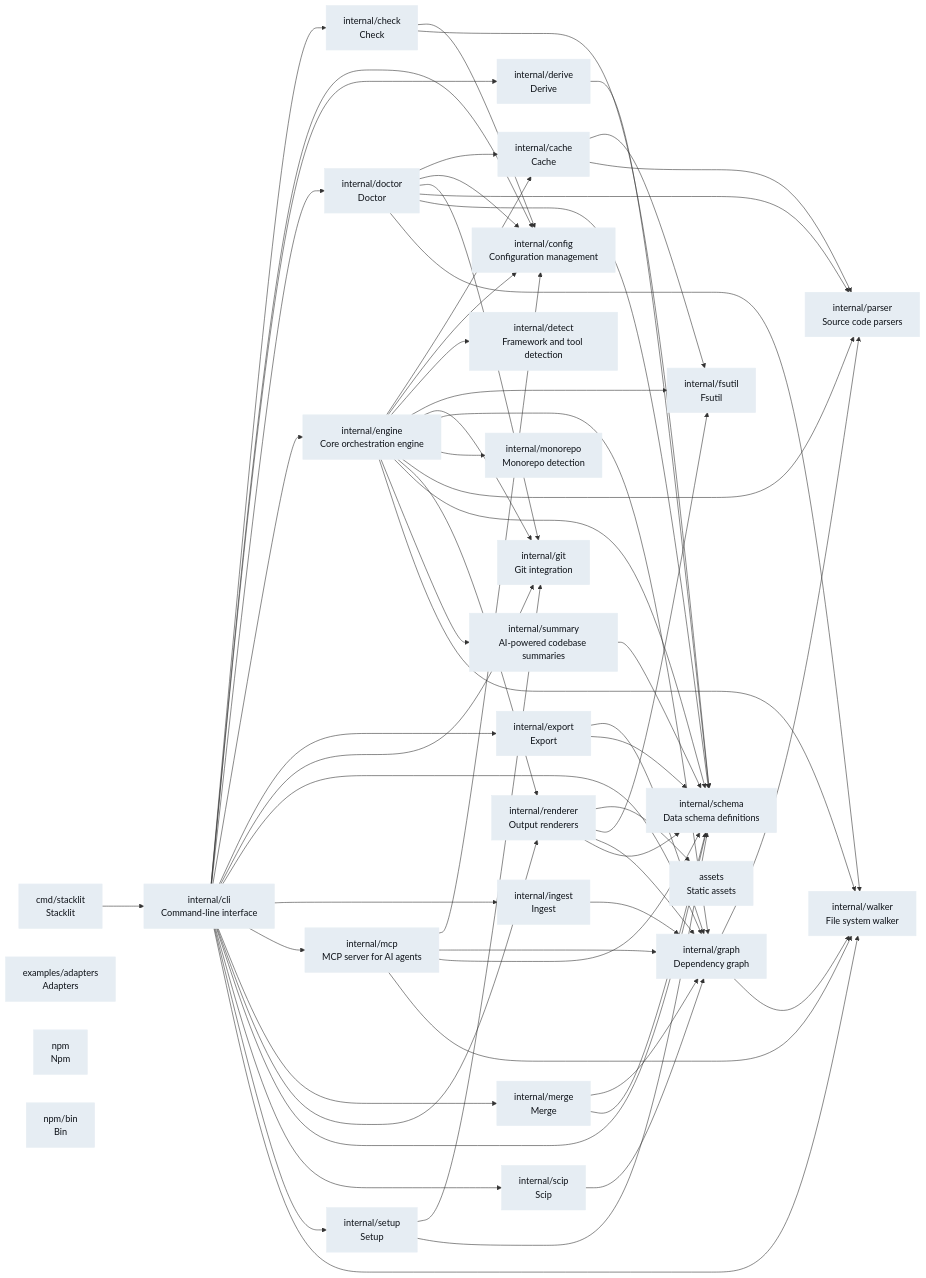
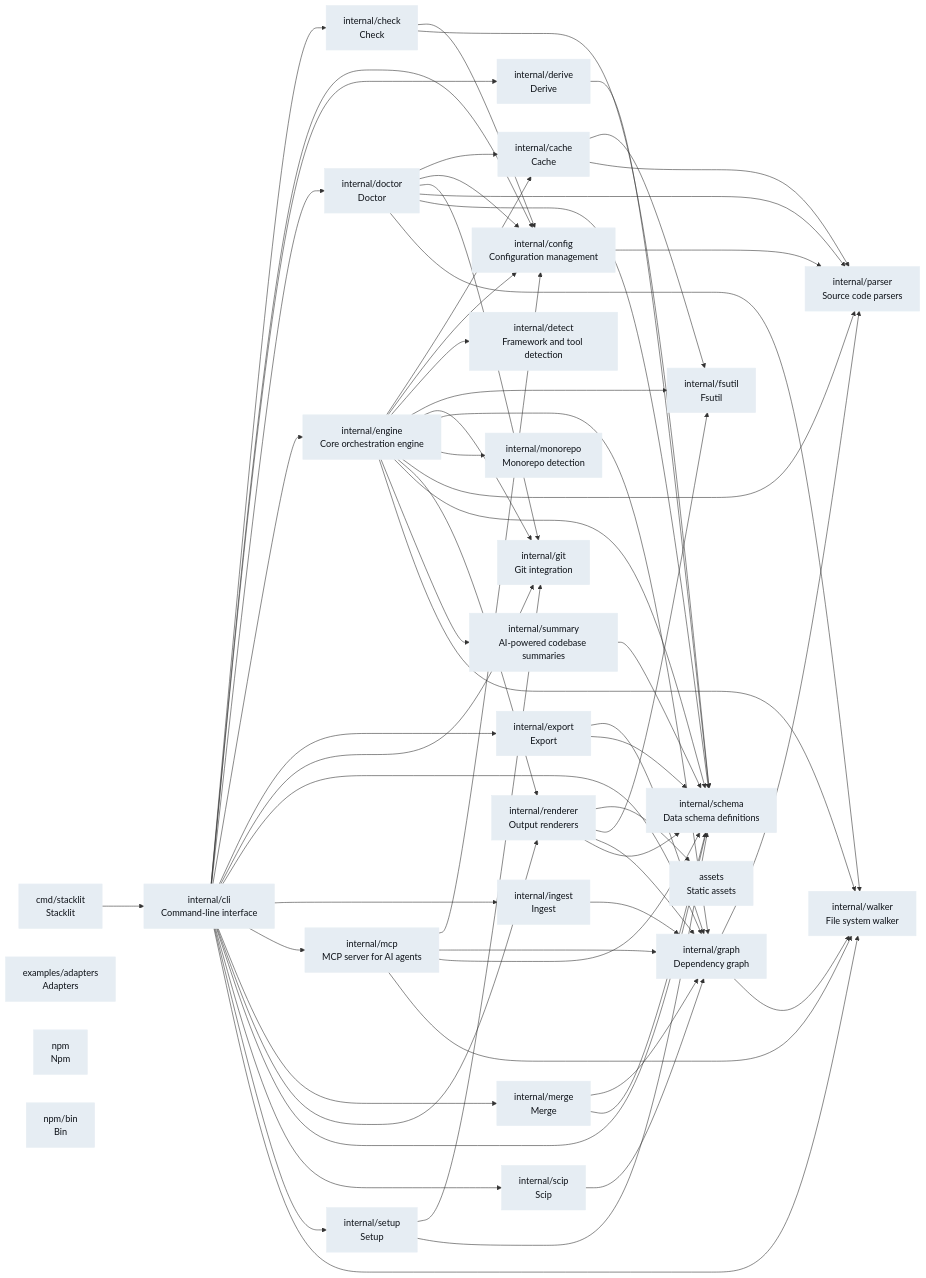
Before and after one commit to glincker/stacklit: the diagram in DEPENDENCIES.md, drawn with Mermaid. The commit also changed 1 other file, not shown here.

Commit message:
chore: update stacklit index

```diff
--- a/DEPENDENCIES.md
+++ b/DEPENDENCIES.md
@@ -68,6 +68,7 @@
   internal_cli --> internal_scip
   internal_cli --> internal_setup
   internal_cli --> internal_walker
+  internal_config --> internal_parser
   internal_derive --> internal_schema
   internal_doctor --> internal_cache
   internal_doctor --> internal_config
```
